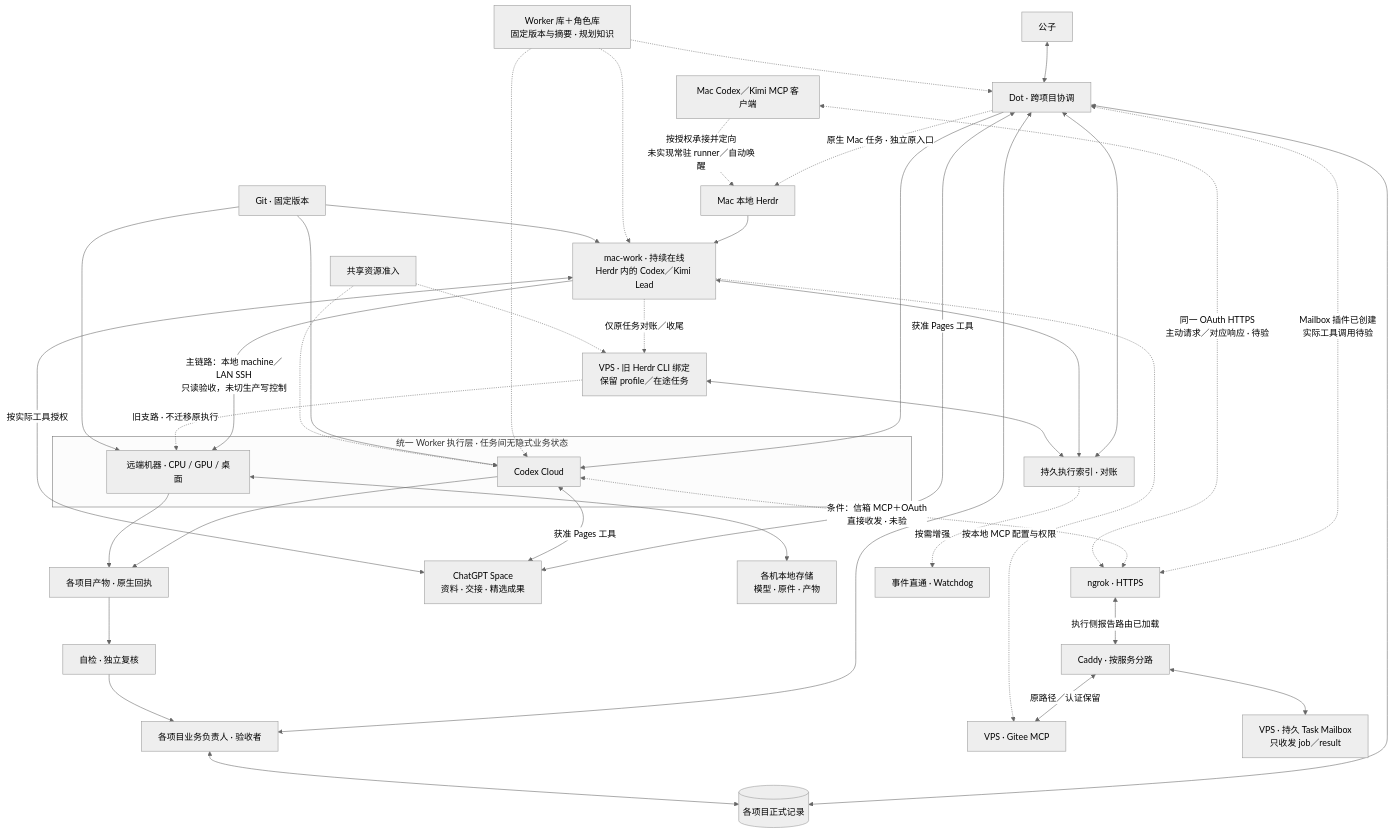
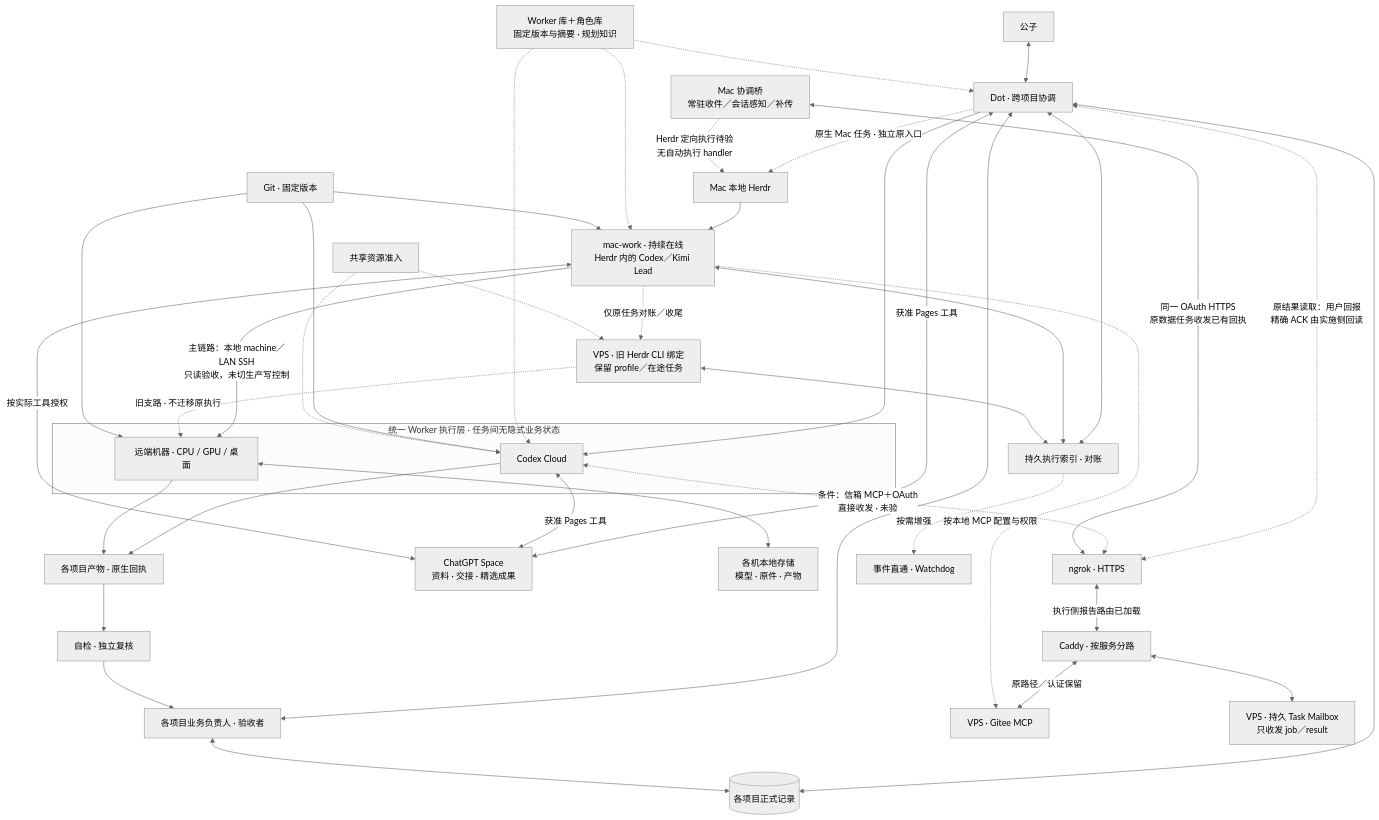
Before and after one commit to CF-FE/herdr-4-codexcloud: the first of 2 diagrams in docs/architecture.md, drawn with Mermaid (neutral theme). The commit also changed other lines of this file and 8 other files, not shown here.

````diff
--- a/docs/architecture.md
+++ b/docs/architecture.md
@@ -49,45 +53,45 @@
 ```mermaid
 flowchart TD
     U["公子"] <--> D["Dot · 跨项目协调"]
     D <--> O["各项目业务负责人 · 验收者"]
     D <--> P[("各项目正式记录")]
     O <--> P
     D -.->|"原生 Mac 任务 · 独立原入口"| H["Mac 本地 Herdr"]
     H --> A["mac-work · 持续在线<br/>Herdr 内的 Codex／Kimi Lead"]
     subgraph POOL["统一 Worker 执行层 · 任务间无隐式业务状态"]
         C["Codex Cloud"]
         M["远端机器 · CPU / GPU / 桌面"]
     end
     D --> C
     K["Worker 库＋角色库<br/>固定版本与摘要 · 规划知识"] -.-> D
     K -.-> A
     K -.-> C
     A -->|"主链路：本地 machine／LAN SSH<br/>只读验收，未切生产写控制"| M
     A -.->|"仅原任务对账／收尾"| V["VPS · 旧 Herdr CLI 绑定<br/>保留 profile／在途任务"]
     V -.->|"旧支路 · 不迁移原执行"| M
-    D <-.->|"Mailbox 插件已创建<br/>实际工具调用待验"| NG["ngrok · HTTPS"]
+    D <-.->|"原结果读取：用户回报<br/>精确 ACK 由实施侧回读"| NG["ngrok · HTTPS"]
     C <-.->|"条件：信箱 MCP＋OAuth<br/>直接收发 · 未验"| NG
     NG <-->|"执行侧报告路由已加载"| RT["Caddy · 按服务分路"]
     RT <-->|"原路径／认证保留"| VS["VPS · Gitee MCP"]
     RT <--> MB["VPS · 持久 Task Mailbox<br/>只收发 job／result"]
-    MC["Mac Codex／Kimi MCP 客户端"] <-.->|"同一 OAuth HTTPS<br/>主动请求／对应响应 · 待验"| NG
-    MC -.->|"按授权承接并定向<br/>未实现常驻 runner／自动唤醒"| H
+    MC["Mac 协调桥<br/>常驻收件／会话感知／补传"] <-->|"同一 OAuth HTTPS<br/>原数据任务收发已有回执"| NG
+    MC -.->|"Herdr 定向执行待验<br/>无自动执行 handler"| H
     A -.->|"按本地 MCP 配置与权限"| VS
     D <-->|"获准 Pages 工具"| SP["ChatGPT Space<br/>资料 · 交接 · 精选成果"]
     C <-->|"获准 Pages 工具"| SP
     A <-->|"按实际工具授权"| SP
     G["Git · 固定版本"] --> C
     G --> A
     G --> M
     M <--> L["各机本地存储<br/>模型 · 原件 · 产物"]
     C --> R["各项目产物 · 原生回执"]
     M --> R
     R --> Q["自检 · 独立复核"]
     Q --> O
     D <--> I["持久执行索引 · 对账"]
     A <--> I
     V <--> I
     S["共享资源准入"] -.-> C
     S -.-> V
     I -.按需增强.-> W["事件直通 · Watchdog"]
 ```
````
